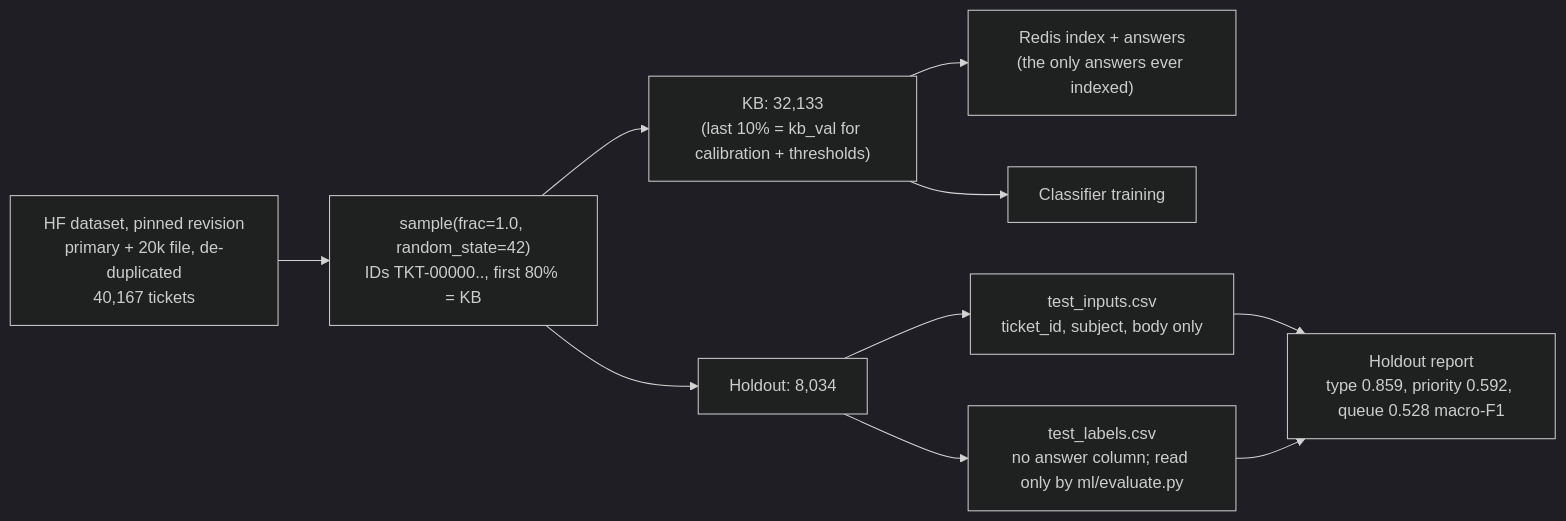
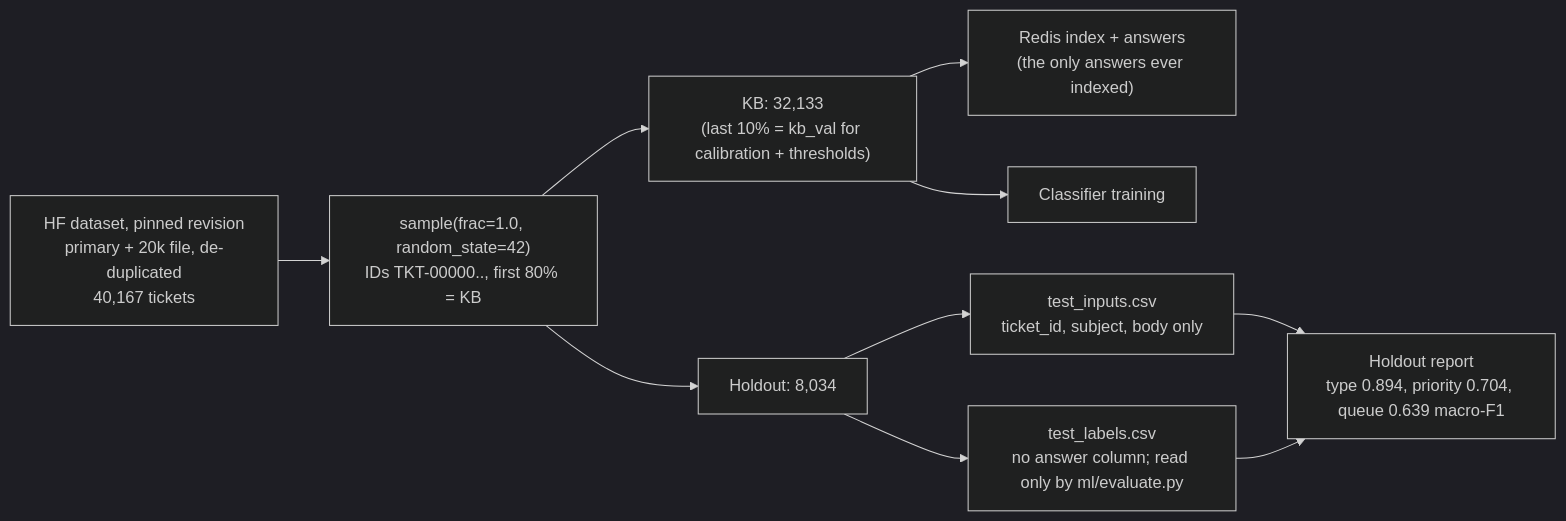
The second of 3 diagrams in docs/architecture-diagram.md (Dogtags27/gdg-sentinal), drawn with Mermaid (dark theme) before and after one commit. The commit also changed 14 other files, not shown here.

````diff
--- a/docs/architecture-diagram.md
+++ b/docs/architecture-diagram.md
@@ -52,12 +52,12 @@
 ```mermaid
 flowchart LR
     RAW["HF dataset, pinned revision<br>primary + 20k file, de-duplicated<br>40,167 tickets"] --> SPLIT["sample(frac=1.0, random_state=42)<br>IDs TKT-00000.., first 80% = KB"]
     SPLIT --> KB["KB: 32,133<br>(last 10% = kb_val for calibration + thresholds)"]
     SPLIT --> TEST["Holdout: 8,034"]
     KB --> INDEX["Redis index + answers<br>(the only answers ever indexed)"]
     KB --> TRAIN["Classifier training"]
     TEST --> INPUTS["test_inputs.csv<br>ticket_id, subject, body only"]
     TEST --> LABELS["test_labels.csv<br>no answer column; read only by ml/evaluate.py"]
-    INPUTS --> EVAL["Holdout report<br>type 0.859, priority 0.592, queue 0.528 macro-F1"]
+    INPUTS --> EVAL["Holdout report<br>type 0.894, priority 0.704, queue 0.639 macro-F1"]
     LABELS --> EVAL
 ```
````
